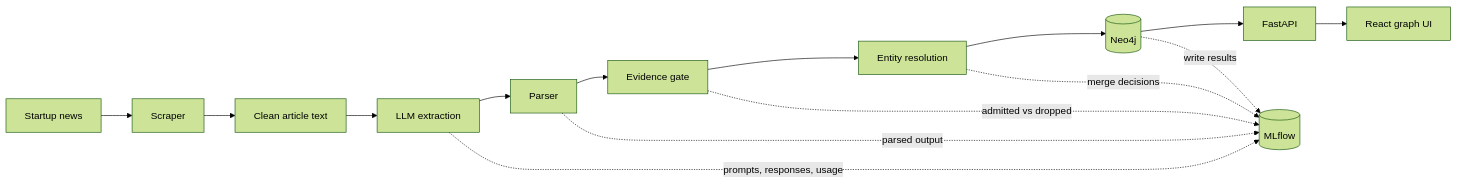
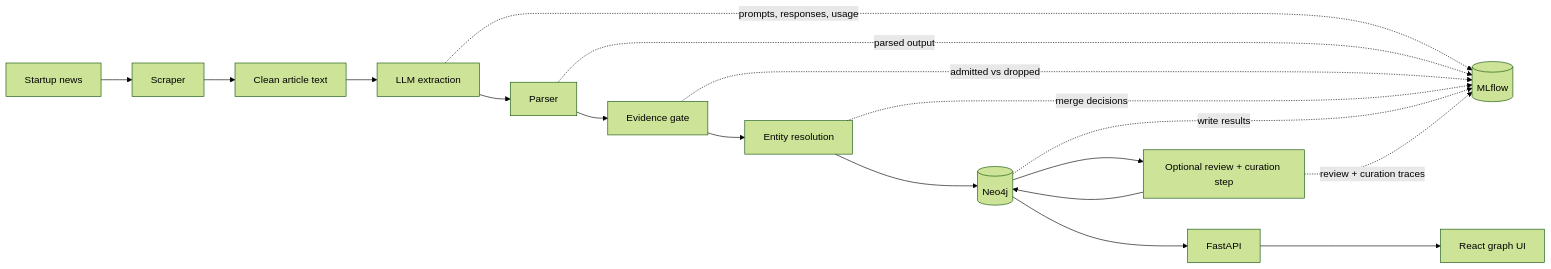
One commit to chenkel-data/Startup-Radar changed the first of 5 diagrams in README.md. Above: the diagram before and after it, drawn with Mermaid (forest theme). The commit also changed other lines of this file and 9 other files, not shown here.

````diff
--- a/README.md
+++ b/README.md
@@ -12,18 +12,21 @@
 ```mermaid
 flowchart LR
   News[Startup news] --> Scraper[Scraper]
   Scraper --> Articles[Clean article text]
   Articles --> LLM[LLM extraction]
   LLM --> Parser[Parser]
   Parser --> Gate[Evidence gate]
   Gate --> Resolver[Entity resolution]
   Resolver --> Graph[(Neo4j)]
+  Graph --> DescriptionCheck[Optional review + curation step]
+  DescriptionCheck --> Graph
   Graph --> API[FastAPI]
   API --> UI[React graph UI]
 
   LLM -. prompts, responses, usage .-> MLflow[(MLflow)]
   Parser -. parsed output .-> MLflow
   Gate -. admitted vs dropped .-> MLflow
   Resolver -. merge decisions .-> MLflow
   Graph -. write results .-> MLflow
+  DescriptionCheck -. review + curation traces .-> MLflow
 ```
````
